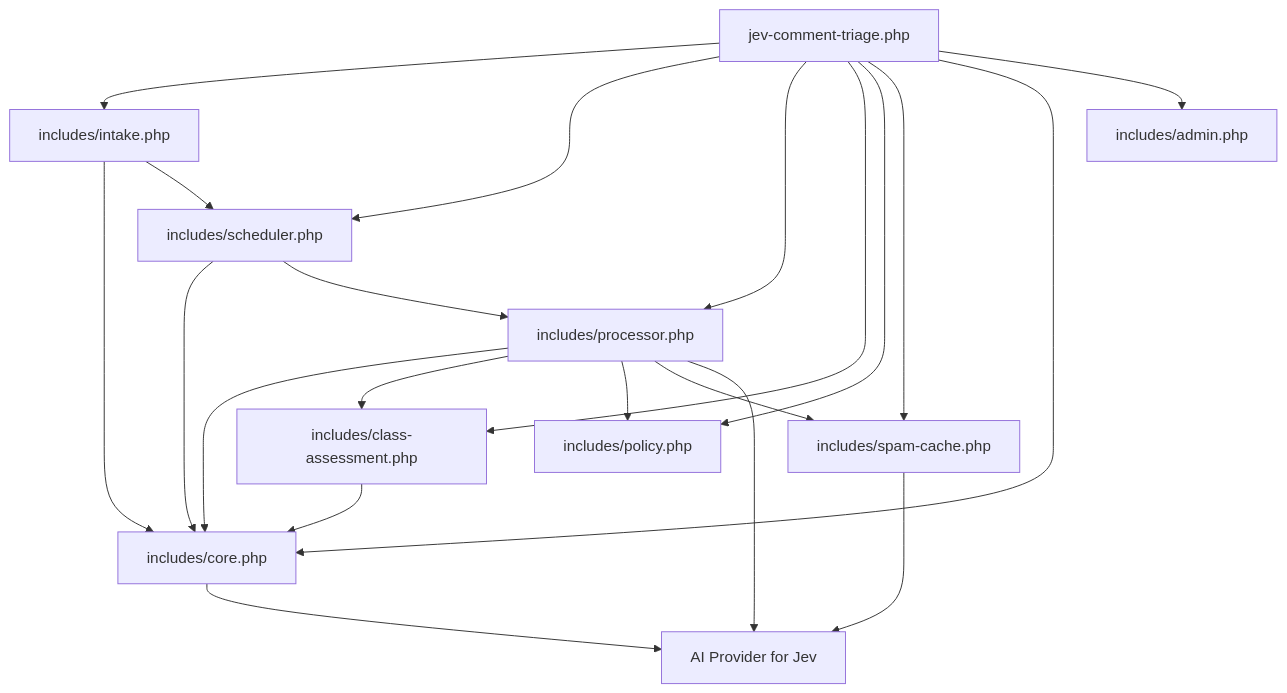
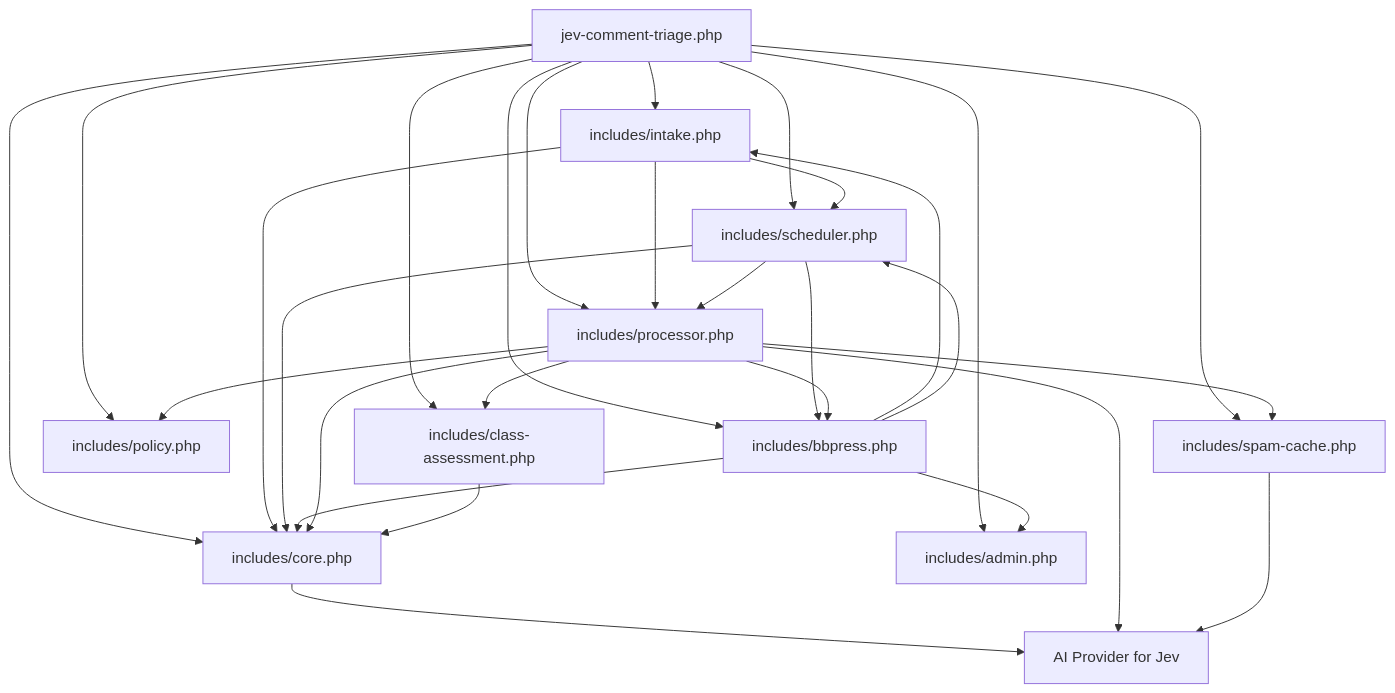
Before and after one commit to soderlind/jev-comment-triage: the second of 2 diagrams in docs/architecture.md, drawn with Mermaid. The commit also changed other lines of this file and 38 other files, not shown here.

Commit message:
docs: cover bbPress and edit re-triage in architecture and diagrams

````diff
--- a/docs/architecture.md
+++ b/docs/architecture.md
@@ -95,34 +104,43 @@
 ```mermaid
 flowchart TD
     Root[jev-comment-triage.php]
     Intake[includes/intake.php]
     Scheduler[includes/scheduler.php]
     Processor[includes/processor.php]
     Assessment[includes/class-assessment.php]
     Policy[includes/policy.php]
     Cache[includes/spam-cache.php]
     Core[includes/core.php]
     Admin[includes/admin.php]
+    BbPress[includes/bbpress.php]
     Provider[AI Provider for Jev]
 
     Root --> Intake
     Root --> Scheduler
     Root --> Processor
     Root --> Assessment
     Root --> Policy
     Root --> Cache
     Root --> Core
     Root --> Admin
+    Root --> BbPress
     Intake --> Core
     Intake --> Scheduler
+    Intake --> Processor
     Scheduler --> Core
     Scheduler --> Processor
+    Scheduler --> BbPress
+    BbPress --> Core
+    BbPress --> Intake
+    BbPress --> Scheduler
+    BbPress --> Admin
+    Processor --> BbPress
     Processor --> Core
     Processor --> Assessment
     Processor --> Policy
     Processor --> Cache
     Assessment --> Core
     Core --> Provider
     Processor --> Provider
     Cache --> Provider
 ```
````
